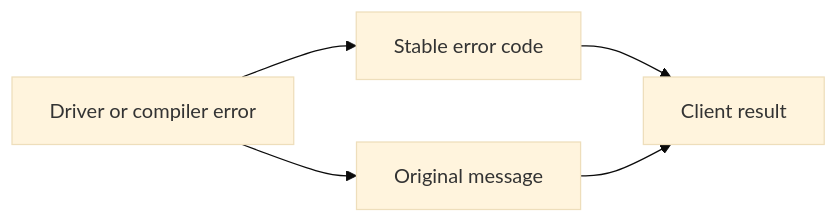
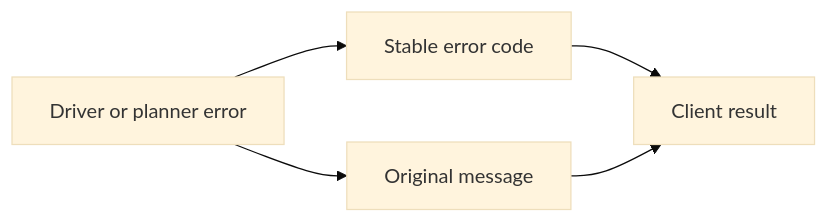
Before and after one commit to polyspec/orm: the eighth of 9 diagrams in docs/interfaces.md, drawn with Mermaid (base theme). The commit also changed other lines of this file and 563 other files, not shown here.

````diff
--- a/docs/interfaces.md
+++ b/docs/interfaces.md
@@ -253,7 +263,7 @@
 ```mermaid
 flowchart LR
-    Error[Driver or compiler error] --> Code[Stable error code]
+    Error[Driver or planner error] --> Code[Stable error code]
     Error --> Message[Original message]
     Code --> Client[Client result]
     Message --> Client
 ```
````
